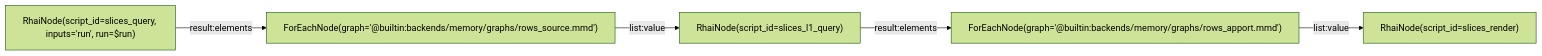
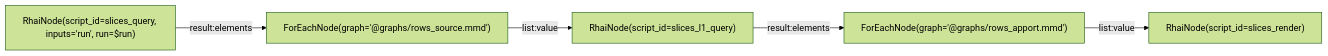
One commit to L-Defraiteur/rag3db changed the diagram in extension/rag3weaver/templates/backends/memory/graphs/list_slices.mmd. Above: the diagram before and after it, drawn with Mermaid (forest theme). The commit also changed 20 other files, not shown here.

Commit message:
feat(memoire): le gabarit memory cite ses graphes et ses Plans sur disque (@graphs/, @plans/), versés dans le gabarit : une copie éditée change ce que l'appel joue et la version du gabarit ; @builtin: ne reste que pour les outils génériques du moteur (select_structured, search_structured)

```diff
--- a/extension/rag3weaver/templates/backends/memory/graphs/list_slices.mmd
+++ b/extension/rag3weaver/templates/backends/memory/graphs/list_slices.mmd
@@ -1,15 +1,15 @@
 %% tool: list_slices
 %% description: The filed slices of a run, in order of their first turn, each with its range, its summary and the number of L1 it produced. A turn after the last slice is not filed yet.
 %% param: run string! -- The run.
 %% result: render.result
 
 graph LR
     query["RhaiNode(script_id=slices_query, inputs='run', run=$run)"]
-    sources["ForEachNode(graph='@builtin:backends/memory/graphs/rows_source.mmd')"]
+    sources["ForEachNode(graph='@graphs/rows_source.mmd')"]
     l1query["RhaiNode(script_id=slices_l1_query)"]
-    apports["ForEachNode(graph='@builtin:backends/memory/graphs/rows_apport.mmd')"]
+    apports["ForEachNode(graph='@graphs/rows_apport.mmd')"]
     render["RhaiNode(script_id=slices_render)"]
     query -->|result:elements| sources
     sources -->|list:value| l1query
     l1query -->|result:elements| apports
     apports -->|list:value| render
```
